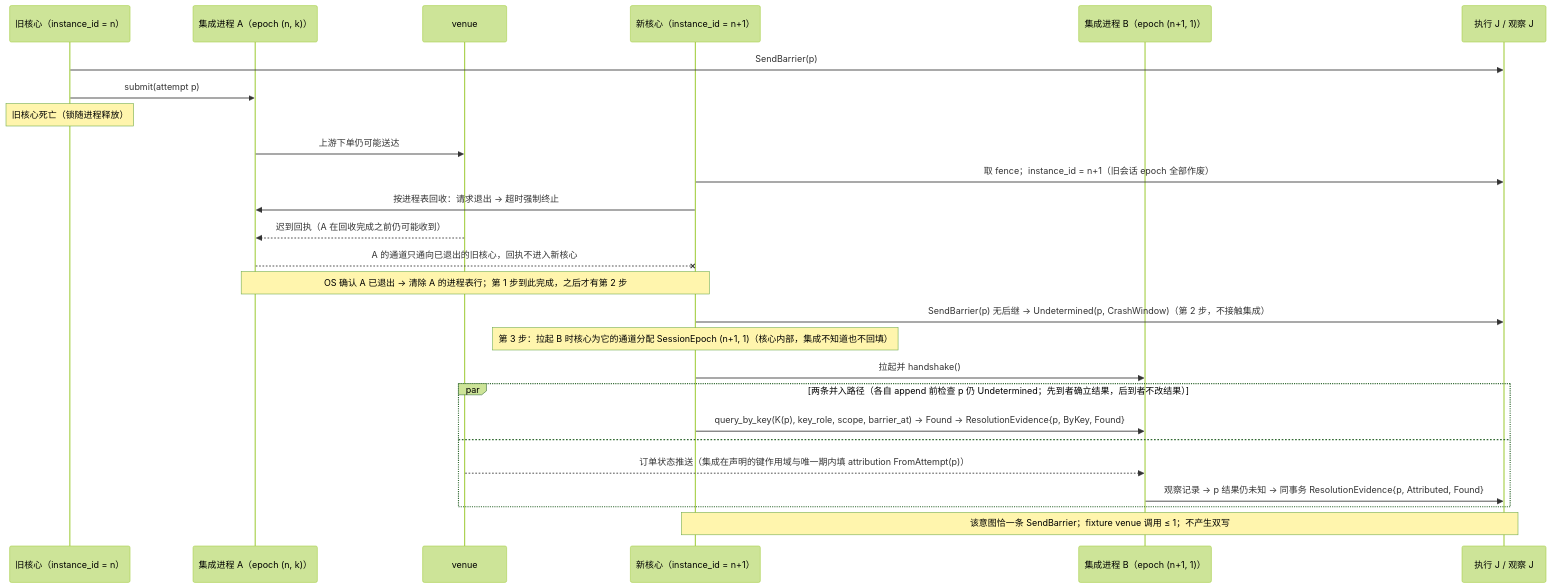
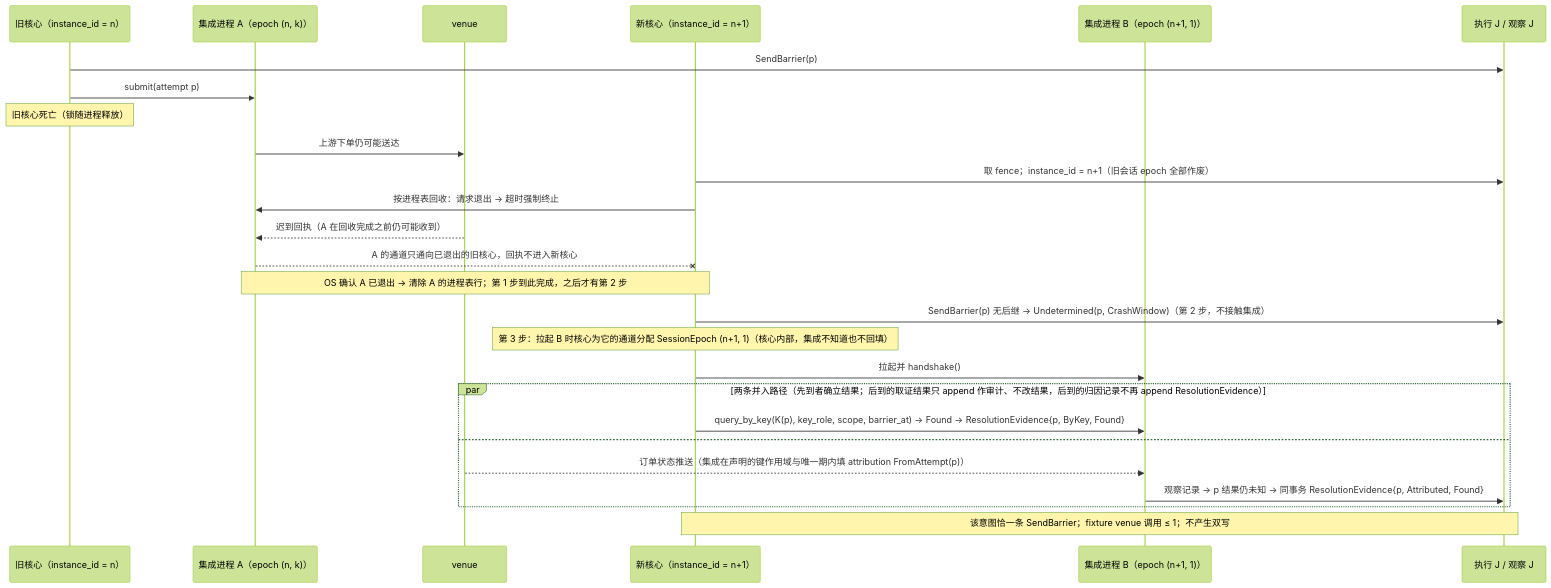
Before and after one commit to mouriya-s-lab/uta: the third of 4 diagrams in design/diagrams/07-crash-recovery.md, drawn with Mermaid (forest theme). The commit also changed 10 other files, not shown here.

````diff
--- a/design/diagrams/07-crash-recovery.md
+++ b/design/diagrams/07-crash-recovery.md
@@ -72,28 +72,28 @@
 ```mermaid
 sequenceDiagram
   participant OLD as 旧核心（instance_id = n）
   participant IA as 集成进程 A（epoch (n, k)）
   participant V as venue
   participant NEW as 新核心（instance_id = n+1）
   participant IB as 集成进程 B（epoch (n+1, 1)）
   participant J as 执行 J / 观察 J
   OLD->>J: SendBarrier(p)
   OLD->>IA: submit(attempt p)
   Note over OLD: 旧核心死亡（锁随进程释放）
   IA->>V: 上游下单仍可能送达
   NEW->>J: 取 fence；instance_id = n+1（旧会话 epoch 全部作废）
   NEW->>IA: 按进程表回收：请求退出 → 超时强制终止
   V-->>IA: 迟到回执（A 在回收完成之前仍可能收到）
   IA--xNEW: A 的通道只通向已退出的旧核心，回执不进入新核心
   Note over NEW,IA: OS 确认 A 已退出 → 清除 A 的进程表行；第 1 步到此完成，之后才有第 2 步
   NEW->>J: SendBarrier(p) 无后继 → Undetermined(p, CrashWindow)（第 2 步，不接触集成）
   Note over NEW: 第 3 步：拉起 B 时核心为它的通道分配 SessionEpoch (n+1, 1)（核心内部，集成不知道也不回填）
   NEW->>IB: 拉起并 handshake()
-  par 两条并入路径（各自 append 前检查 p 仍 Undetermined；先到者确立结果，后到者不改结果）
+  par 两条并入路径（先到者确立结果；后到的取证结果只 append 作审计、不改结果，后到的归因记录不再 append ResolutionEvidence）
     NEW->>IB: query_by_key(K(p), key_role, scope, barrier_at) → Found → ResolutionEvidence{p, ByKey, Found}
   and
     V-->>IB: 订单状态推送（集成在声明的键作用域与唯一期内填 attribution FromAttempt(p)）
     IB->>J: 观察记录 → p 结果仍未知 → 同事务 ResolutionEvidence{p, Attributed, Found}
   end
   Note over NEW,J: 该意图恰一条 SendBarrier；fixture venue 调用 ≤ 1；不产生双写
 ```
````
